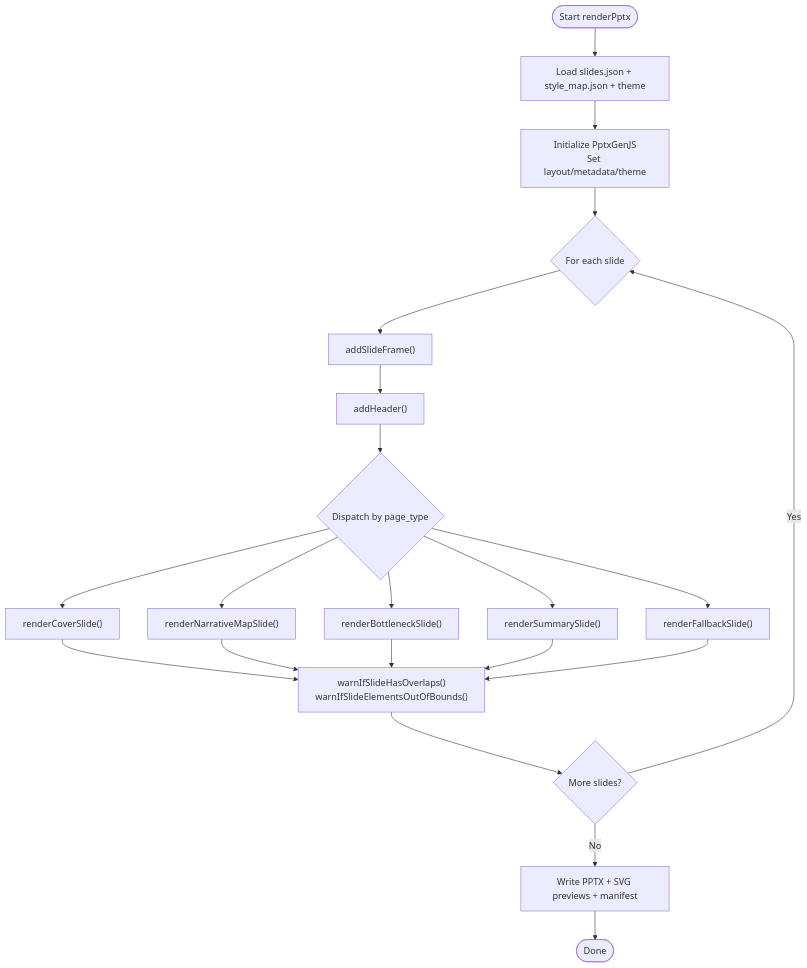
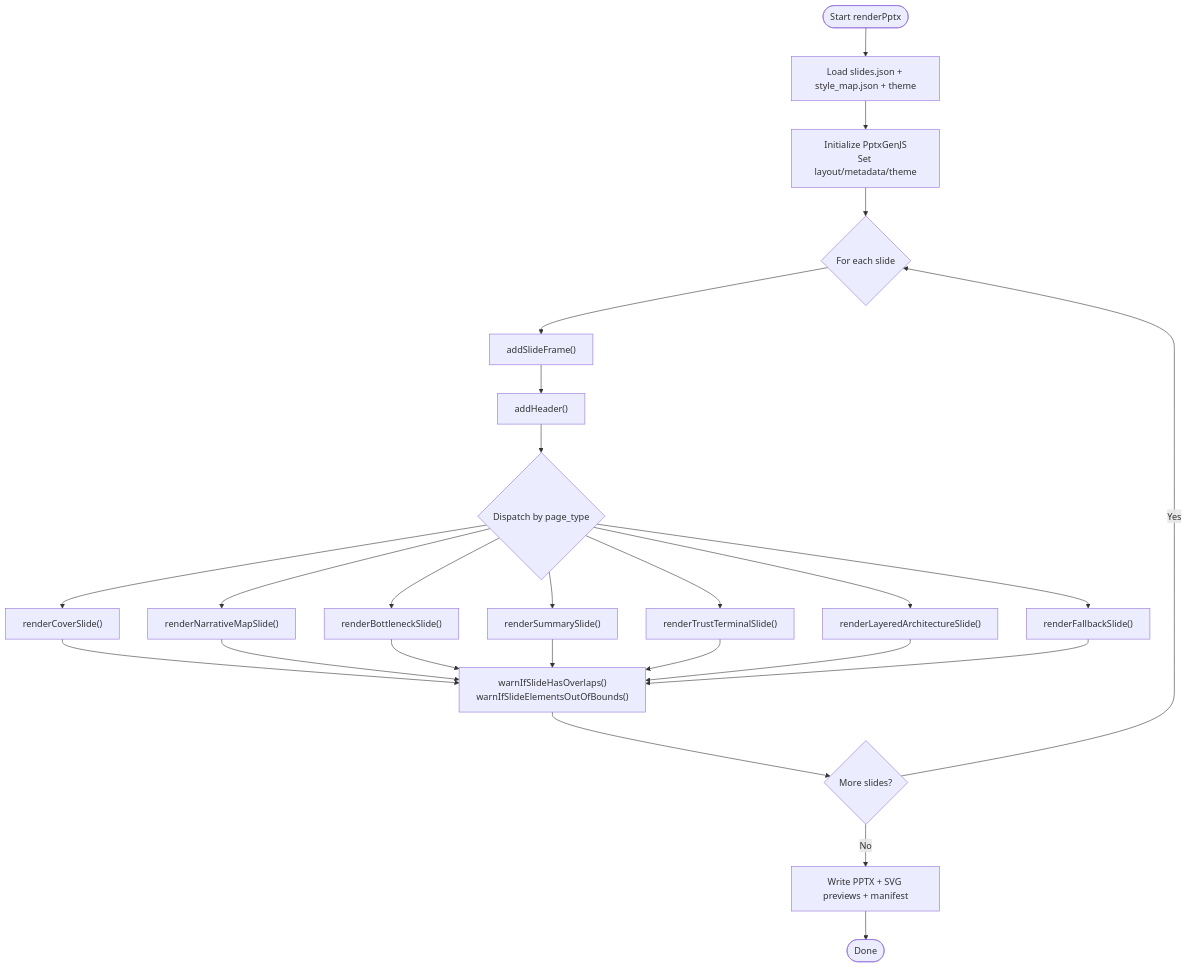
The third of 6 diagrams in .qoder/repowiki/en/content/Rendering Pipeline/Rendering Pipeline.md (brantzh6/deepPPT), drawn with Mermaid before and after one commit. The commit also changed other lines of this file and 5 other files, not shown here.

Commit message:
Fix PptxGenJS line shape coordinate format in layered_architecture_stack

````diff
--- a/.qoder/repowiki/en/content/Rendering Pipeline/Rendering Pipeline.md
+++ b/.qoder/repowiki/en/content/Rendering Pipeline/Rendering Pipeline.md
@@ -214,23 +241,27 @@
 ```mermaid
 flowchart TD
 Start(["Start renderPptx"]) --> LoadInputs["Load slides.json + style_map.json + theme"]
 LoadInputs --> InitPptx["Initialize PptxGenJS<br/>Set layout/metadata/theme"]
 InitPptx --> ForEachSlide{"For each slide"}
 ForEachSlide --> AddFrame["addSlideFrame()"]
 AddFrame --> AddHeader["addHeader()"]
 AddHeader --> DispatchHandler{"Dispatch by page_type"}
 DispatchHandler --> Cover["renderCoverSlide()"]
 DispatchHandler --> Narrative["renderNarrativeMapSlide()"]
 DispatchHandler --> Bottleneck["renderBottleneckSlide()"]
 DispatchHandler --> Summary["renderSummarySlide()"]
+DispatchHandler --> Trust["renderTrustTerminalSlide()"]
+DispatchHandler --> Architecture["renderLayeredArchitectureSlide()"]
 DispatchHandler --> Fallback["renderFallbackSlide()"]
 Cover --> Validate["warnIfSlideHasOverlaps()<br/>warnIfSlideElementsOutOfBounds()"]
 Narrative --> Validate
 Bottleneck --> Validate
 Summary --> Validate
+Trust --> Validate
+Architecture --> Validate
 Fallback --> Validate
 Validate --> NextSlide{"More slides?"}
 NextSlide --> |Yes| ForEachSlide
 NextSlide --> |No| WriteOut["Write PPTX + SVG previews + manifest"]
 WriteOut --> End(["Done"])
 ```
````
